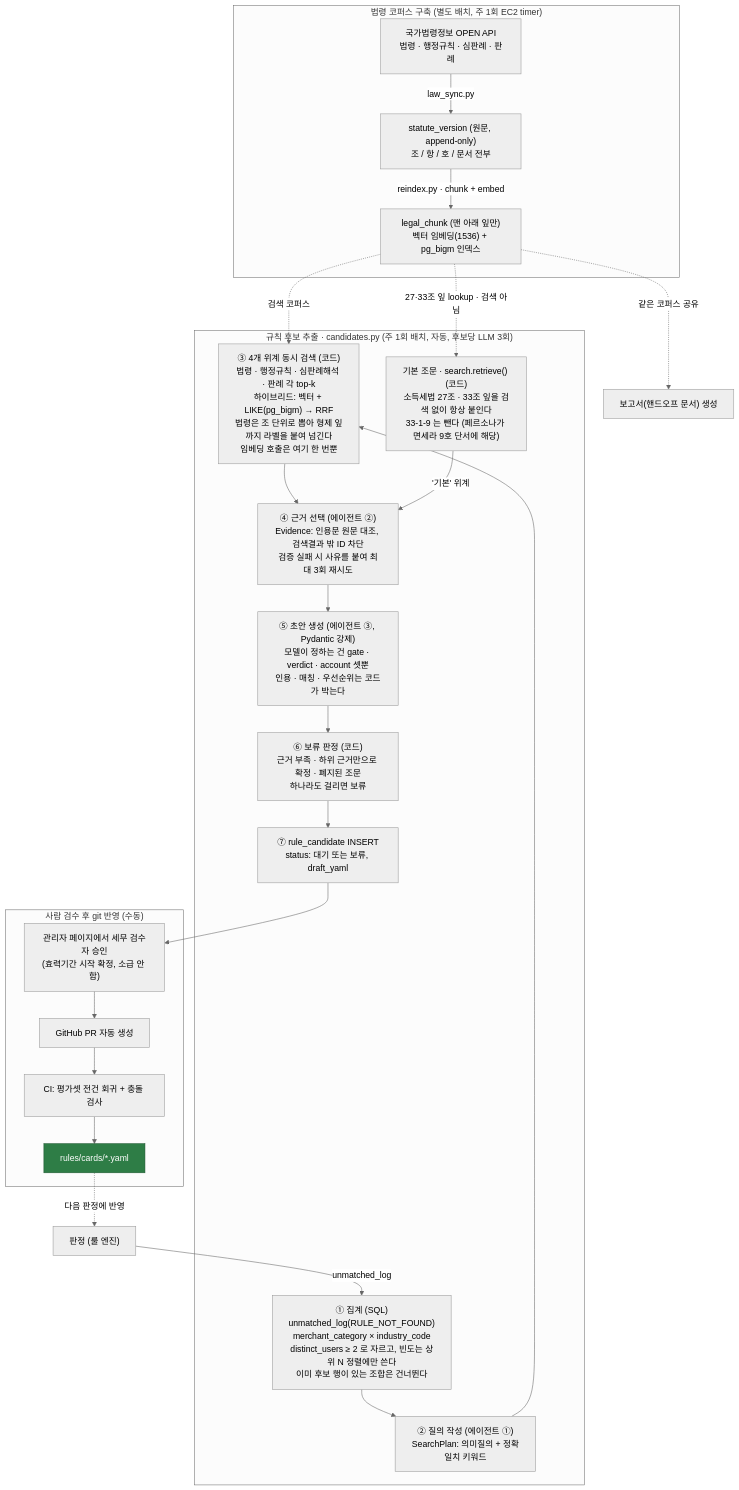
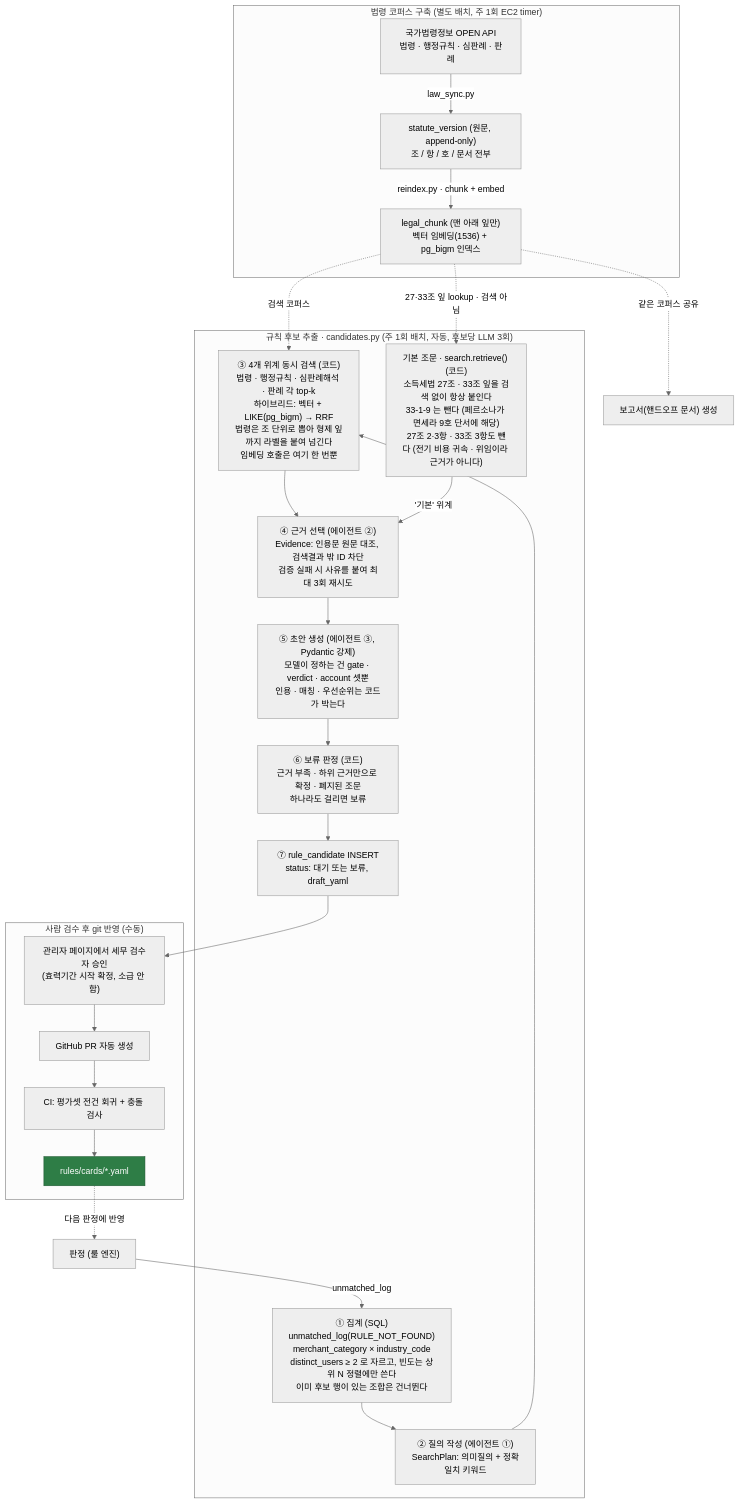
One commit to RainDrop3/ktc4-pusan-4 changed the third of 3 diagrams in docs/architecture.md. Above: the diagram before and after it, drawn with Mermaid (neutral theme). The commit also changed other lines of this file and 1 other file, not shown here.

Commit message:
docs: 근거 선택 개선 측정 기록
rag-eval.md §11 에 진단(오적용 출처 분류)과 M0~M4 단계별 수치, 계획 대비 결과를 남기고 §2·§6·§7 을 고쳤다. architecture.md 의 기본 조문 · 머리말 설명을 고쳤다.

````diff
--- a/docs/architecture.md
+++ b/docs/architecture.md
@@ -116,43 +116,43 @@
 ```mermaid
 flowchart TD
     subgraph CORPUS["법령 코퍼스 구축 (별도 배치, 주 1회 EC2 timer)"]
         LAW["국가법령정보 OPEN API<br/>법령 · 행정규칙 · 심판례 · 판례"]
         SV["statute_version (원문, append-only)<br/>조 / 항 / 호 / 문서 전부"]
         LC["legal_chunk (맨 아래 잎만)<br/>벡터 임베딩(1536) + pg_bigm 인덱스"]
         LAW -->|"law_sync.py"| SV -->|"reindex.py · chunk + embed"| LC
     end
 
     subgraph EXTRACT["규칙 후보 추출 · candidates.py (주 1회 배치, 자동, 후보당 LLM 3회)"]
         AGG["① 집계 (SQL)<br/>unmatched_log(RULE_NOT_FOUND)<br/>merchant_category × industry_code<br/>distinct_users ≥ 2 로 자르고, 빈도는 상위 N 정렬에만 쓴다<br/>이미 후보 행이 있는 조합은 건너뛴다"]
         PLAN["② 질의 작성 (에이전트 ①)<br/>SearchPlan: 의미질의 + 정확일치 키워드"]
         SEARCH["③ 4개 위계 동시 검색 (코드)<br/>법령 · 행정규칙 · 심판례해석 · 판례 각 top-k<br/>하이브리드: 벡터 + LIKE(pg_bigm) → RRF<br/>법령은 조 단위로 뽑아 형제 잎까지 라벨을 붙여 넘긴다<br/>임베딩 호출은 여기 한 번뿐"]
-        FRAME["기본 조문 · search.retrieve() (코드)<br/>소득세법 27조 · 33조 잎을 검색 없이 항상 붙인다<br/>33-1-9 는 뺀다 (페르소나가 면세라 9호 단서에 해당)"]
+        FRAME["기본 조문 · search.retrieve() (코드)<br/>소득세법 27조 · 33조 잎을 검색 없이 항상 붙인다<br/>33-1-9 는 뺀다 (페르소나가 면세라 9호 단서에 해당)<br/>27조 2·3항 · 33조 3항도 뺀다 (전기 비용 귀속 · 위임이라 근거가 아니다)"]
         PICK["④ 근거 선택 (에이전트 ②)<br/>Evidence: 인용문 원문 대조, 검색결과 밖 ID 차단<br/>검증 실패 시 사유를 붙여 최대 3회 재시도"]
         DRAFT["⑤ 초안 생성 (에이전트 ③, Pydantic 강제)<br/>모델이 정하는 건 gate · verdict · account 셋뿐<br/>인용 · 매칭 · 우선순위는 코드가 박는다"]
         HOLD["⑥ 보류 판정 (코드)<br/>근거 부족 · 하위 근거만으로 확정 · 폐지된 조문<br/>하나라도 걸리면 보류"]
         CAND["⑦ rule_candidate INSERT<br/>status: 대기 또는 보류, draft_yaml"]
         AGG --> PLAN --> SEARCH --> PICK --> DRAFT --> HOLD --> CAND
         FRAME -->|"'기본' 위계"| PICK
     end
 
     subgraph HUMAN["사람 검수 후 git 반영 (수동)"]
         ADMIN["관리자 페이지에서 세무 검수자 승인<br/>(효력기간 시작 확정, 소급 안 함)"]
         PR["GitHub PR 자동 생성"]
         CI["CI: 평가셋 전건 회귀 + 충돌 검사"]
         CARDS["rules/cards/*.yaml"]
         ADMIN --> PR --> CI --> CARDS
     end
 
     JUDGE["판정 (룰 엔진)"]
     REPORT["보고서(핸드오프 문서) 생성"]
 
     JUDGE -->|"unmatched_log"| AGG
     LC -.->|"검색 코퍼스"| SEARCH
     LC -.->|"27·33조 잎 lookup · 검색 아님"| FRAME
     LC -.->|"같은 코퍼스 공유"| REPORT
     CAND --> ADMIN
     CARDS -.->|"다음 판정에 반영"| JUDGE
 
     classDef done fill:#2e7d46,color:#ffffff,stroke:#1f5731;
     class CARDS done;
 ```
````
